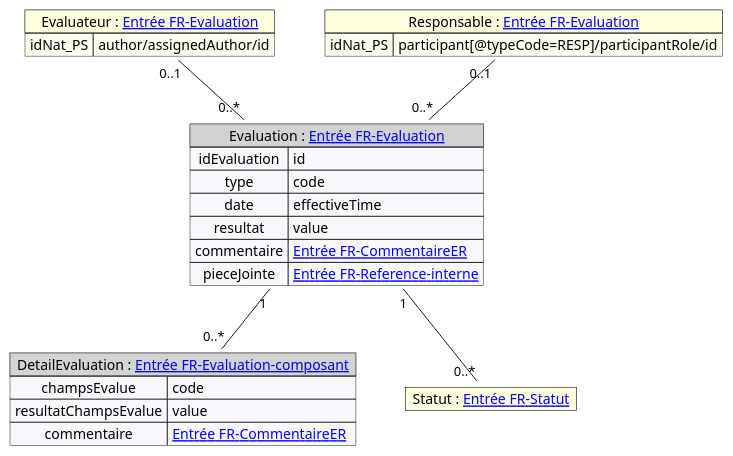
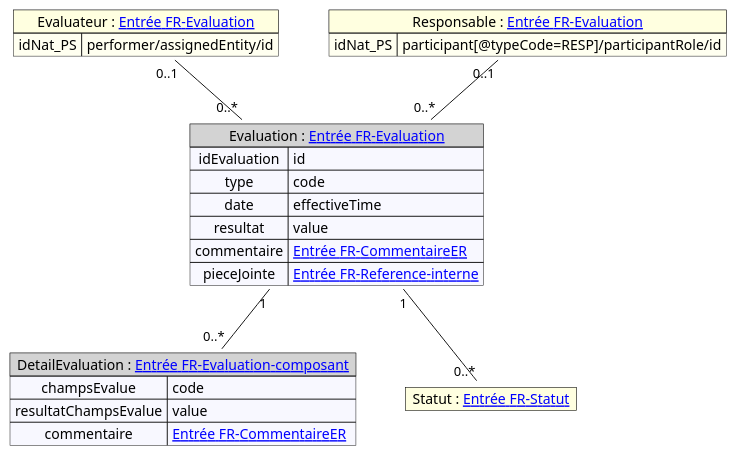
Before and after one commit to ansforge/IG-fhir-transfert-donnees-dui-esms: the diagram in input/images-source/mapping_evaluation.plantuml, drawn with PlantUML. The commit also changed 3 other files, not shown here.

```diff
--- a/input/images-source/mapping_evaluation.plantuml
+++ b/input/images-source/mapping_evaluation.plantuml
@@ -1,38 +1,38 @@
 @startuml
 
 
 map "Evaluation : [[contenu_dossier_corps_cda.html Entrée FR-Evaluation]]" as Evaluation #back:GhostWhite;header:LightGray{
     idEvaluation => id
     type => code
     date => effectiveTime
     resultat => value
     commentaire => [[contenu_dossier_corps_cda.html Entrée FR-CommentaireER]]
     pieceJointe => [[contenu_dossier_corps_cda.html Entrée FR-Reference-interne]]
 }
 
 
 map "DetailEvaluation : [[contenu_dossier_corps_cda.html Entrée FR-Evaluation-composant]]" as DetailEvaluation #back:GhostWhite;header:LightGray{
     champsEvalue => code
     resultatChampsEvalue => value
     commentaire => [[contenu_dossier_corps_cda.html Entrée FR-CommentaireER]]
 }
 
 map "Evaluateur : [[contenu_dossier_corps_cda.html Entrée FR-Evaluation]]" as Evaluateur#back:Ivory;header:LightYellow {
-    idNat_PS => author/assignedAuthor/id
+    idNat_PS => performer/assignedEntity/id
 }
 
 map "Responsable : [[contenu_dossier_corps_cda.html Entrée FR-Evaluation]]" as Responsable#back:Ivory;header:LightYellow {
     idNat_PS => participant[@typeCode=RESP]/participantRole/id
 }
 
 map "Statut : [[contenu_dossier_corps_cda.html Entrée FR-Statut]]" as Statut #back:Ivory;header:LightYellow {
    
 }
 
 'Liens entre éléments
 Evaluateur "0..1" -- "0..*" Evaluation
 Responsable "0..1" -- "0..*" Evaluation
 Evaluation "1" -- "0..*" DetailEvaluation
 Evaluation "1" -- "0..*" Statut
 
 @enduml
```
